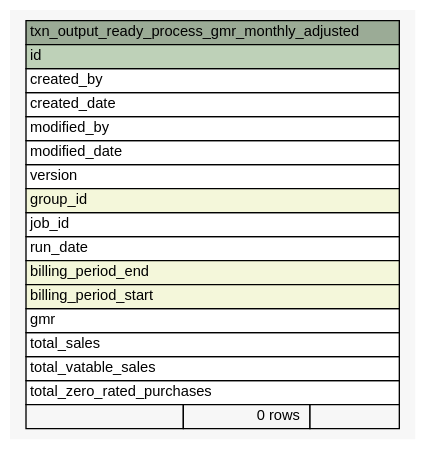
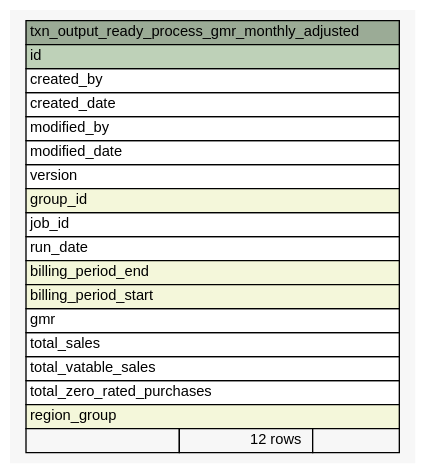
Before and after one commit to eyana-m/python-data-dictionary-writer: the diagram in Data/settlement/diagrams/summary/txn_output_ready_process_gmr_monthly_adjusted.1degree.dot, drawn with Graphviz. The commit also changed 715 other files, not shown here.

```diff
--- a/Data/settlement/diagrams/summary/txn_output_ready_process_gmr_monthly_adjusted.1degree.dot
+++ b/Data/settlement/diagrams/summary/txn_output_ready_process_gmr_monthly_adjusted.1degree.dot
@@ -1,44 +1,45 @@
-// dot 2.36.0 on Mac OS X 10.12.5
+// dot 2.36.0 on Mac OS X 10.12.6
 // SchemaSpy rev 590
 digraph "txn_output_ready_process_gmr_monthly_adjusted" {
   graph [
     rankdir="RL"
     bgcolor="#f7f7f7"
     nodesep="0.18"
     ranksep="0.46"
     fontname="Helvetica"
     fontsize="11"
   ];
   node [
     fontname="Helvetica"
     fontsize="11"
     shape="plaintext"
   ];
   edge [
     arrowsize="0.8"
   ];
   "txn_output_ready_process_gmr_monthly_adjusted" [
     label=<
     <TABLE BORDER="0" CELLBORDER="1" CELLSPACING="0" BGCOLOR="#ffffff">
       <TR><TD COLSPAN="3" BGCOLOR="#9bab96" ALIGN="CENTER">txn_output_ready_process_gmr_monthly_adjusted</TD></TR>
       <TR><TD PORT="id" COLSPAN="3" BGCOLOR="#bed1b8" ALIGN="LEFT">id</TD></TR>
       <TR><TD PORT="created_by" COLSPAN="3" ALIGN="LEFT">created_by</TD></TR>
       <TR><TD PORT="created_date" COLSPAN="3" ALIGN="LEFT">created_date</TD></TR>
       <TR><TD PORT="modified_by" COLSPAN="3" ALIGN="LEFT">modified_by</TD></TR>
       <TR><TD PORT="modified_date" COLSPAN="3" ALIGN="LEFT">modified_date</TD></TR>
       <TR><TD PORT="version" COLSPAN="3" ALIGN="LEFT">version</TD></TR>
       <TR><TD PORT="group_id" COLSPAN="3" BGCOLOR="#f4f7da" ALIGN="LEFT">group_id</TD></TR>
       <TR><TD PORT="job_id" COLSPAN="3" ALIGN="LEFT">job_id</TD></TR>
       <TR><TD PORT="run_date" COLSPAN="3" ALIGN="LEFT">run_date</TD></TR>
       <TR><TD PORT="billing_period_end" COLSPAN="3" BGCOLOR="#f4f7da" ALIGN="LEFT">billing_period_end</TD></TR>
       <TR><TD PORT="billing_period_start" COLSPAN="3" BGCOLOR="#f4f7da" ALIGN="LEFT">billing_period_start</TD></TR>
       <TR><TD PORT="gmr" COLSPAN="3" ALIGN="LEFT">gmr</TD></TR>
       <TR><TD PORT="total_sales" COLSPAN="3" ALIGN="LEFT">total_sales</TD></TR>
       <TR><TD PORT="total_vatable_sales" COLSPAN="3" ALIGN="LEFT">total_vatable_sales</TD></TR>
       <TR><TD PORT="total_zero_rated_purchases" COLSPAN="3" ALIGN="LEFT">total_zero_rated_purchases</TD></TR>
-      <TR><TD ALIGN="LEFT" BGCOLOR="#f7f7f7">  </TD><TD ALIGN="RIGHT" BGCOLOR="#f7f7f7">0 rows</TD><TD ALIGN="RIGHT" BGCOLOR="#f7f7f7">  </TD></TR>
+      <TR><TD PORT="region_group" COLSPAN="3" BGCOLOR="#f4f7da" ALIGN="LEFT">region_group</TD></TR>
+      <TR><TD ALIGN="LEFT" BGCOLOR="#f7f7f7">  </TD><TD ALIGN="RIGHT" BGCOLOR="#f7f7f7">12 rows</TD><TD ALIGN="RIGHT" BGCOLOR="#f7f7f7">  </TD></TR>
     </TABLE>>
     URL="tables/txn_output_ready_process_gmr_monthly_adjusted.html"
     tooltip="txn_output_ready_process_gmr_monthly_adjusted"
   ];
 }
```
